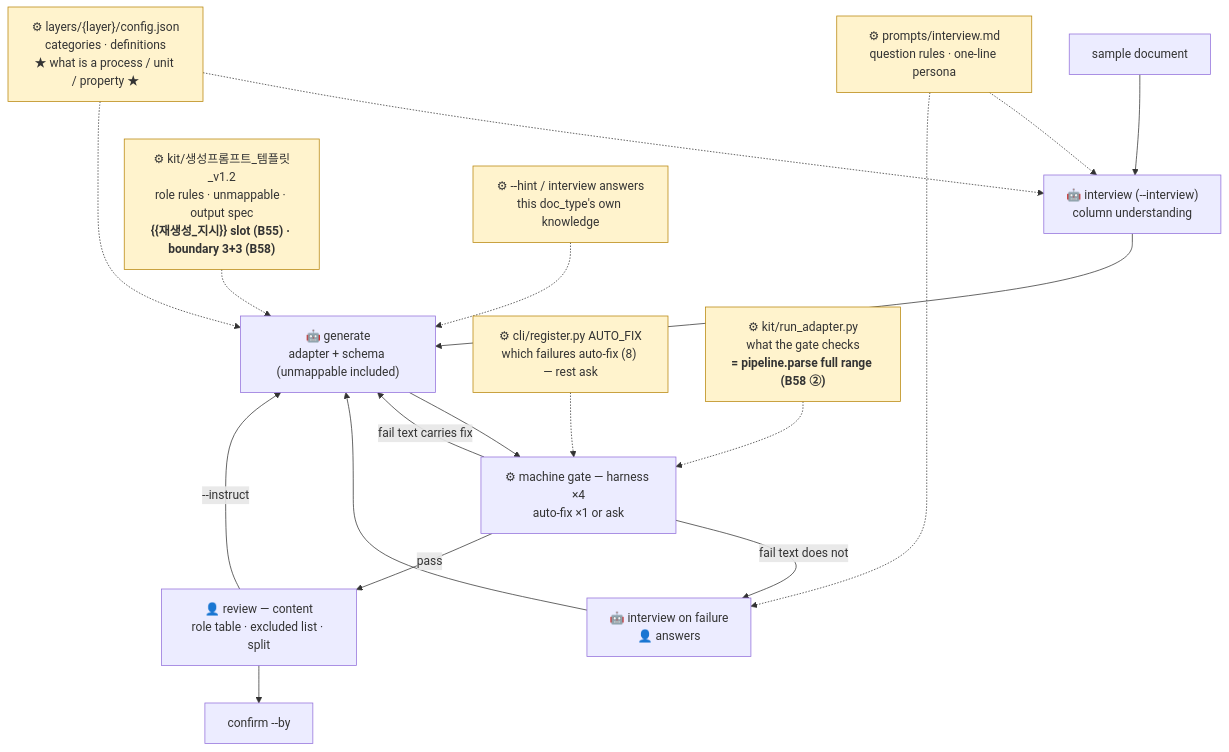
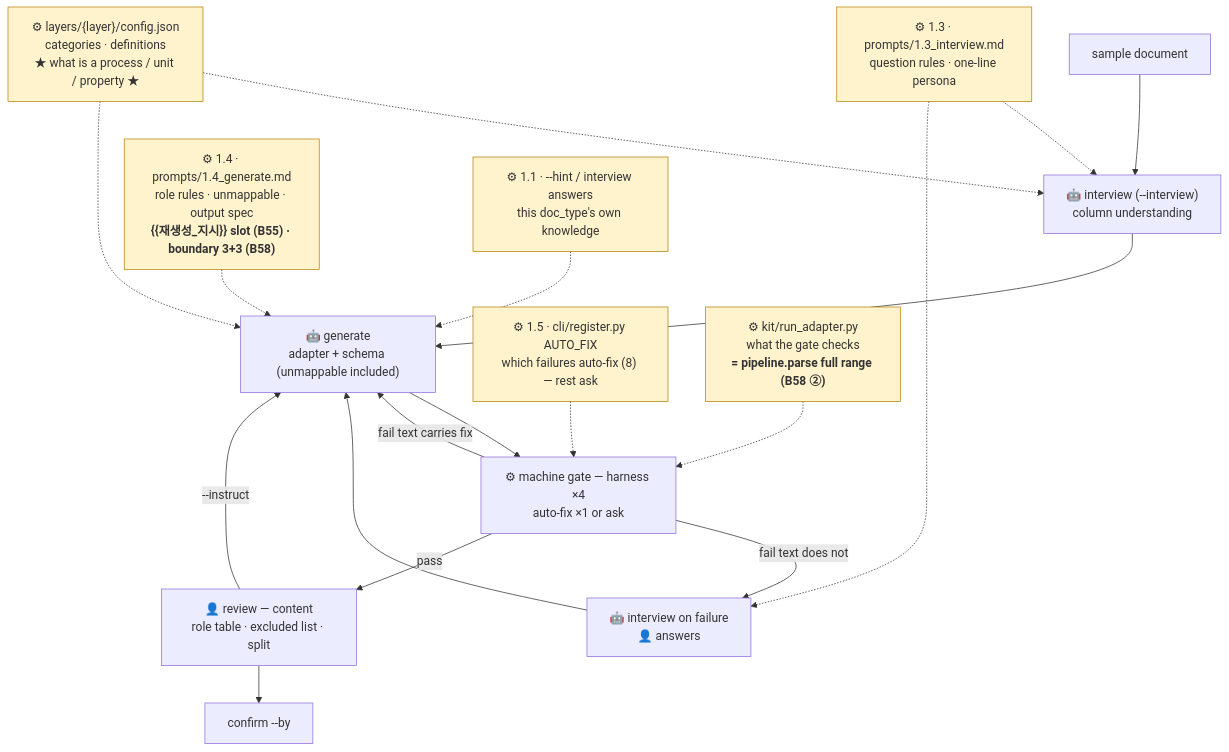
Before and after one commit to playjae0/ontology_system: the first of 4 diagrams in docs/구조도/05_조절_지도.md, drawn with Mermaid. The commit also changed other lines of this file and 12 other files, not shown here.

````diff
--- a/docs/구조도/05_조절_지도.md
+++ b/docs/구조도/05_조절_지도.md
@@ -11,21 +11,21 @@
 ```mermaid
 flowchart TD
   A["sample document"] --> B["🤖 interview (--interview)<br/>column understanding"]
   B --> C["🤖 generate<br/>adapter + schema (unmappable included)"]
   C --> D["⚙ machine gate — harness ×4<br/>auto-fix ×1 or ask"]
   D -- "fail text carries fix" --> C
   D -- "fail text does not" --> B2["🤖 interview on failure<br/>👤 answers"] --> C
   D -- "pass" --> E["👤 review — content<br/>role table · excluded list · split"]
   E -- "--instruct" --> C
   E --> F["confirm --by"]
 
-  P1["⚙ prompts/interview.md<br/>question rules · one-line persona"]:::knob -.-> B
+  P1["⚙ 1.3 · prompts/1.3_interview.md<br/>question rules · one-line persona"]:::knob -.-> B
   P1 -.-> B2
   P2["⚙ layers/{layer}/config.json<br/>categories · definitions<br/>★ what is a process / unit / property ★"]:::knob -.-> B
   P2 -.-> C
-  P3["⚙ kit/생성프롬프트_템플릿_v1.2<br/>role rules · unmappable · output spec<br/><b>{{재생성_지시}} slot (B55) · boundary 3+3 (B58)</b>"]:::knob -.-> C
-  P4["⚙ --hint / interview answers<br/>this doc_type's own knowledge"]:::knob -.-> C
-  P5["⚙ cli/register.py AUTO_FIX<br/>which failures auto-fix (8) — rest ask"]:::knob -.-> D
+  P3["⚙ 1.4 · prompts/1.4_generate.md<br/>role rules · unmappable · output spec<br/><b>{{재생성_지시}} slot (B55) · boundary 3+3 (B58)</b>"]:::knob -.-> C
+  P4["⚙ 1.1 · --hint / interview answers<br/>this doc_type's own knowledge"]:::knob -.-> C
+  P5["⚙ 1.5 · cli/register.py AUTO_FIX<br/>which failures auto-fix (8) — rest ask"]:::knob -.-> D
   P6["⚙ kit/run_adapter.py<br/>what the gate checks<br/><b>= pipeline.parse full range (B58 ②)</b>"]:::knob -.-> D
   classDef knob fill:#fff3cd,stroke:#b8860b
 ```
````
